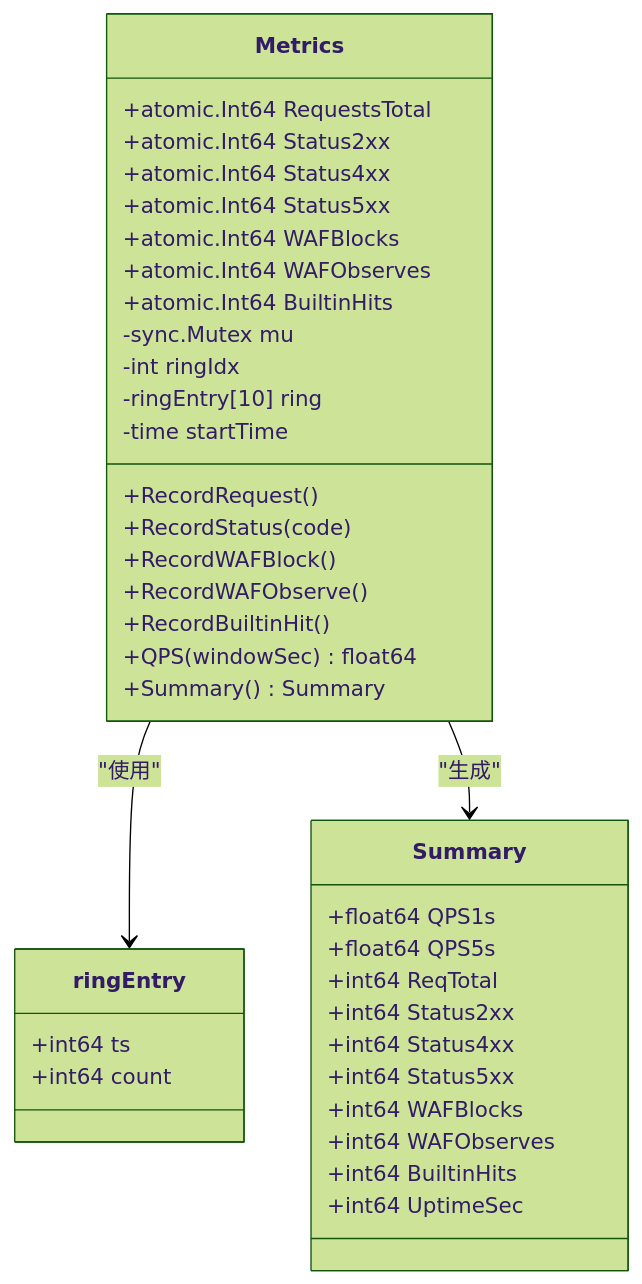
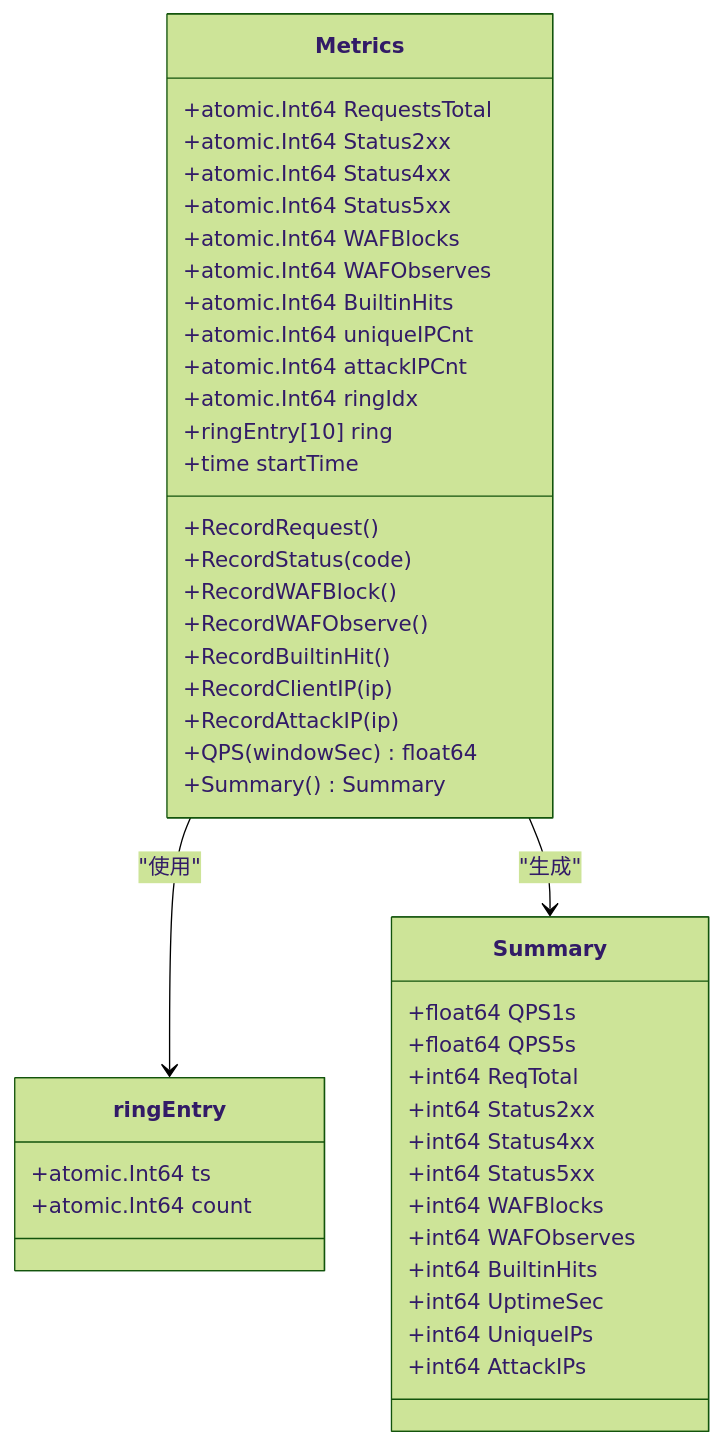
The second of 9 diagrams in docs/管理 API 系统/仪表板 API.md (x01n/My-OpenWaf), drawn with Mermaid (forest theme) before and after one commit. The commit also changed other lines of this file and 199 other files, not shown here.

````diff
--- a/docs/管理 API 系统/仪表板 API.md
+++ b/docs/管理 API 系统/仪表板 API.md
@@ -80,41 +70,46 @@
 ```mermaid
 classDiagram
 class Metrics {
 +atomic.Int64 RequestsTotal
 +atomic.Int64 Status2xx
 +atomic.Int64 Status4xx
 +atomic.Int64 Status5xx
 +atomic.Int64 WAFBlocks
 +atomic.Int64 WAFObserves
 +atomic.Int64 BuiltinHits
--sync.Mutex mu
--int ringIdx
--ringEntry[10] ring
--time startTime
++atomic.Int64 uniqueIPCnt
++atomic.Int64 attackIPCnt
++atomic.Int64 ringIdx
++ringEntry[10] ring
++time startTime
 +RecordRequest()
 +RecordStatus(code)
 +RecordWAFBlock()
 +RecordWAFObserve()
 +RecordBuiltinHit()
++RecordClientIP(ip)
++RecordAttackIP(ip)
 +QPS(windowSec) float64
 +Summary() Summary
 }
 class ringEntry {
-+int64 ts
-+int64 count
++atomic.Int64 ts
++atomic.Int64 count
 }
 class Summary {
 +float64 QPS1s
 +float64 QPS5s
 +int64 ReqTotal
 +int64 Status2xx
 +int64 Status4xx
 +int64 Status5xx
 +int64 WAFBlocks
 +int64 WAFObserves
 +int64 BuiltinHits
 +int64 UptimeSec
++int64 UniqueIPs
++int64 AttackIPs
 }
 Metrics --> ringEntry : "使用"
 Metrics --> Summary : "生成"
 ```
````
